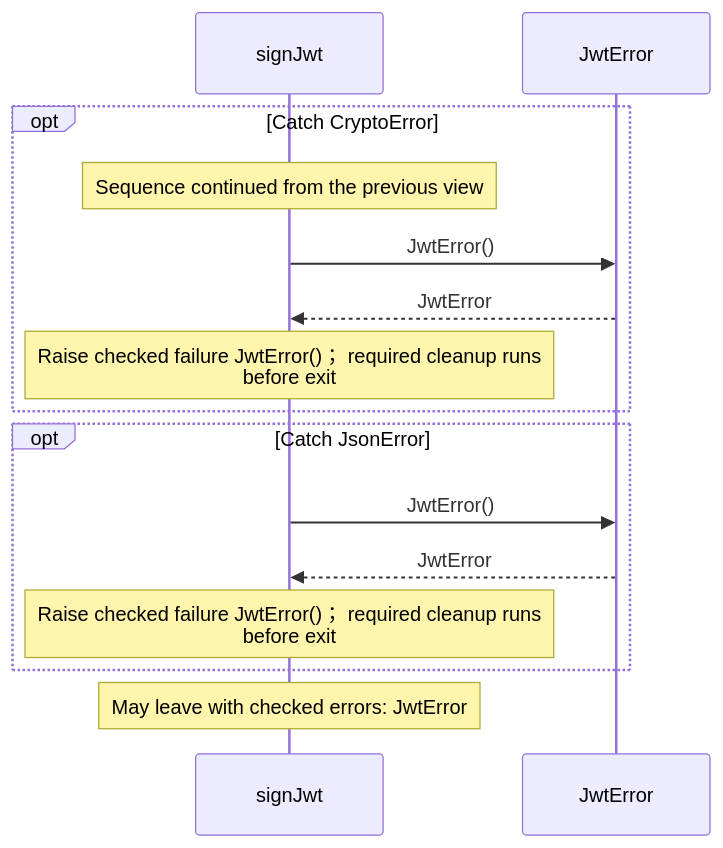
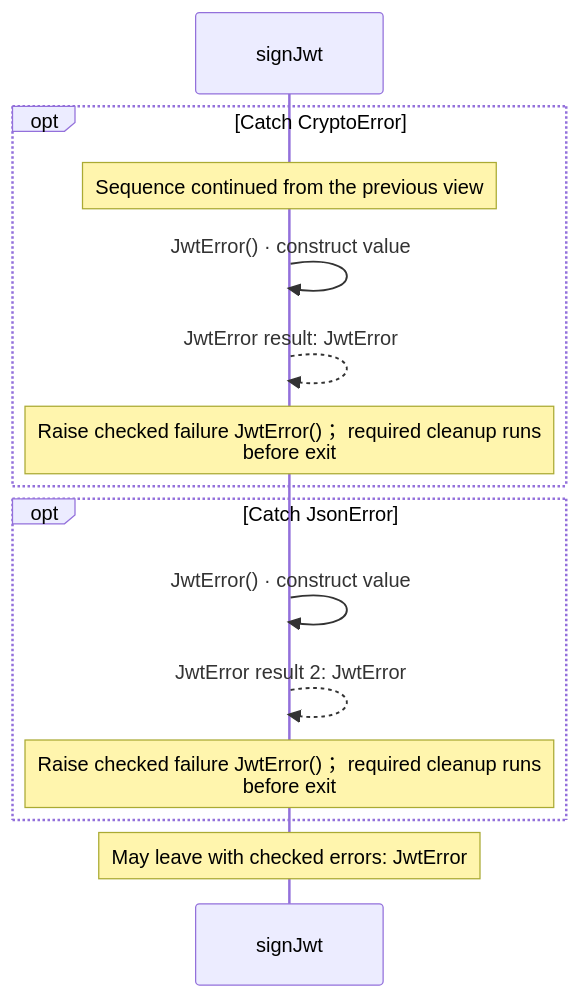
The fifth of 8 diagrams in docs/examples/oidc-login/dependencies/packages/@git/url_9ef654c66d34ab8f5527/0.0.0-git.b14a0f9aa41f1ce58bd51133bcdc424033e40d40/jose-diagrams.md (GreenPandaStudios/augscript), drawn with Mermaid before and after one commit. The commit also changed other lines of this file and 304 other files, not shown here.

Commit message:
Make generated data-flow sequences concise and review every diagram

````diff
--- a/docs/examples/oidc-login/dependencies/packages/@git/url_9ef654c66d34ab8f5527/0.0.0-git.b14a0f9aa41f1ce58bd51133bcdc424033e40d40/jose-diagrams.md
+++ b/docs/examples/oidc-login/dependencies/packages/@git/url_9ef654c66d34ab8f5527/0.0.0-git.b14a0f9aa41f1ce58bd51133bcdc424033e40d40/jose-diagrams.md
@@ -211,17 +166,17 @@
 ```mermaid
 sequenceDiagram
     participant p0 as signJwt
-    participant p1 as JwtError
+
     opt Catch CryptoError
     Note over p0: Sequence continued from the previous view
-    p0->>p1: JwtError()
-    p1-->>p0: JwtError
+    p0->>p0: JwtError() · construct value
+    p0-->>p0: JwtError result: JwtError
     Note over p0: Raise checked failure JwtError()； required cleanup runs<br/>before exit
     end
     opt Catch JsonError
-    p0->>p1: JwtError()
-    p1-->>p0: JwtError
+    p0->>p0: JwtError() · construct value
+    p0-->>p0: JwtError result 2: JwtError
     Note over p0: Raise checked failure JwtError()； required cleanup runs<br/>before exit
     end
     Note over p0: May leave with checked errors: JwtError
 ```
````
